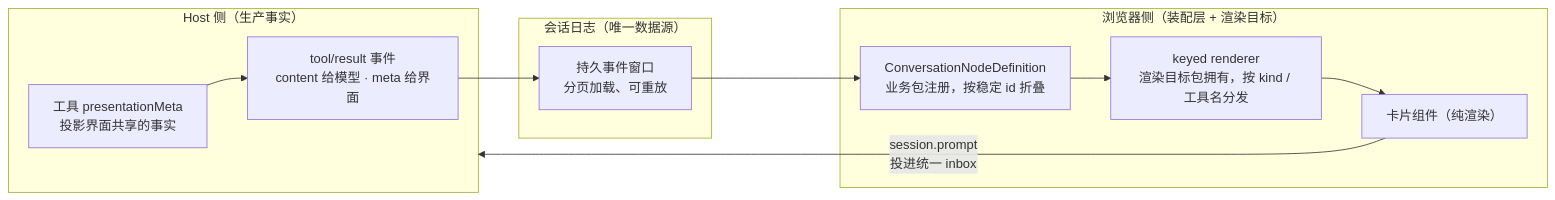
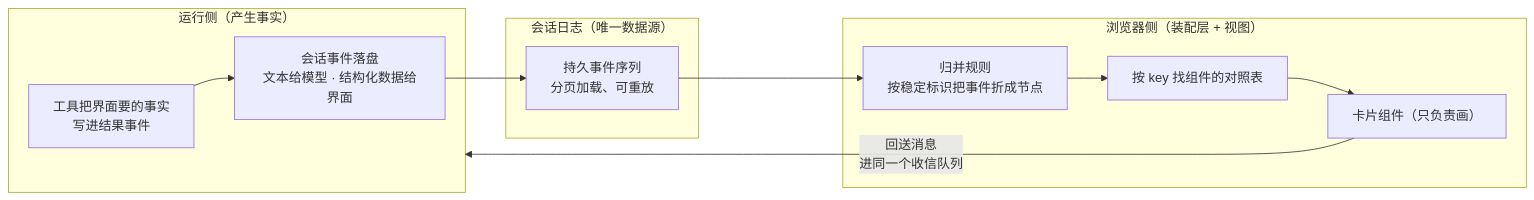
Before and after one commit to anthonyzhao-4926/blog: the first of 2 diagrams in dsh 插件开发学习/16-把工具结果渲染成卡片.md, drawn with Mermaid. The commit also changed other lines of this file and 38 other files, not shown here.

````diff
--- a/dsh 插件开发学习/16-把工具结果渲染成卡片.md
+++ b/dsh 插件开发学习/16-把工具结果渲染成卡片.md
@@ -41,19 +43,19 @@
 ```mermaid
 flowchart LR
-    subgraph host["Host 侧（生产事实）"]
-        T["工具 presentationMeta<br/>投影界面共享的事实"]
-        E["tool/result 事件<br/>content 给模型 · meta 给界面"]
+    subgraph host["运行侧（产生事实）"]
+        T["工具把界面要的事实<br/>写进结果事件"]
+        E["会话事件落盘<br/>文本给模型 · 结构化数据给界面"]
         T --> E
     end
     subgraph log["会话日志（唯一数据源）"]
-        J["持久事件窗口<br/>分页加载、可重放"]
+        J["持久事件序列<br/>分页加载、可重放"]
     end
-    subgraph client["浏览器侧（装配层 + 渲染目标）"]
-        D["ConversationNodeDefinition<br/>业务包注册，按稳定 id 折叠"]
-        K["keyed renderer<br/>渲染目标包拥有，按 kind / 工具名分发"]
-        C["卡片组件（纯渲染）"]
+    subgraph client["浏览器侧（装配层 + 视图）"]
+        D["归并规则<br/>按稳定标识把事件折成节点"]
+        K["按 key 找组件的对照表"]
+        C["卡片组件（只负责画）"]
         D --> K --> C
     end
     E --> J --> D
-    C -- "session.prompt<br/>投进统一 inbox" --> host
+    C -- "回送消息<br/>进同一个收信队列" --> host
 ```
````
